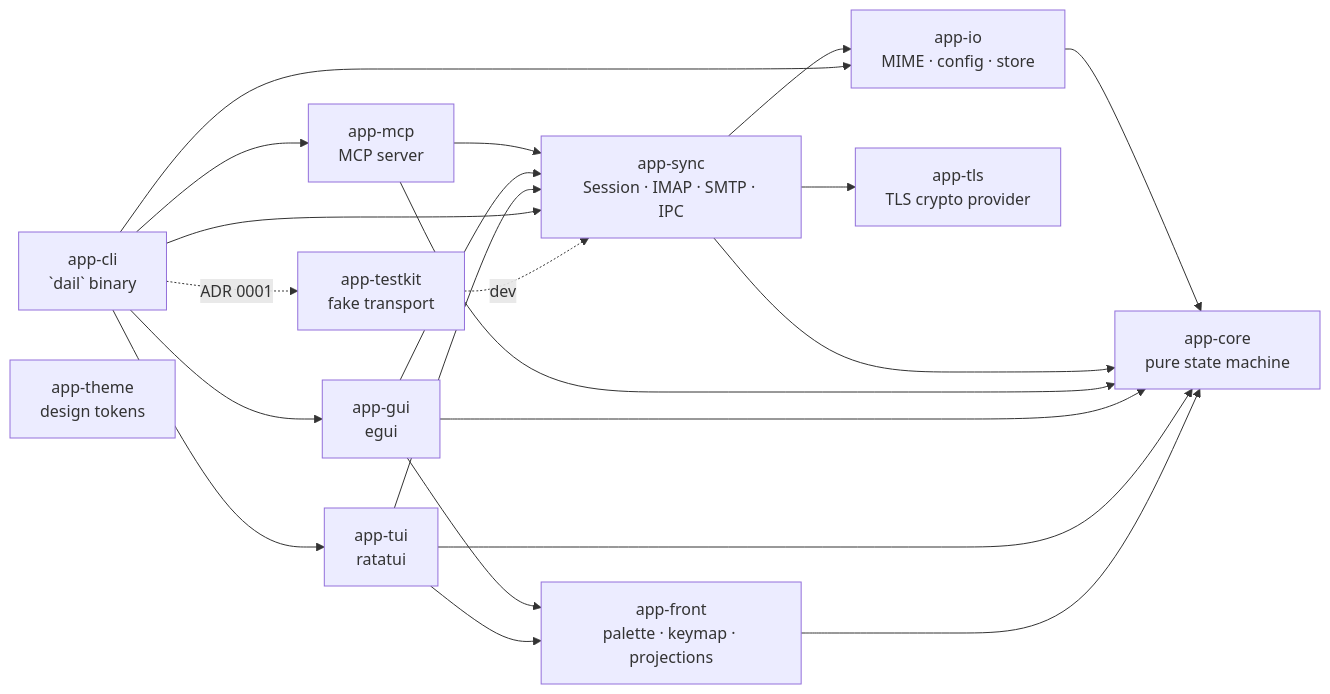
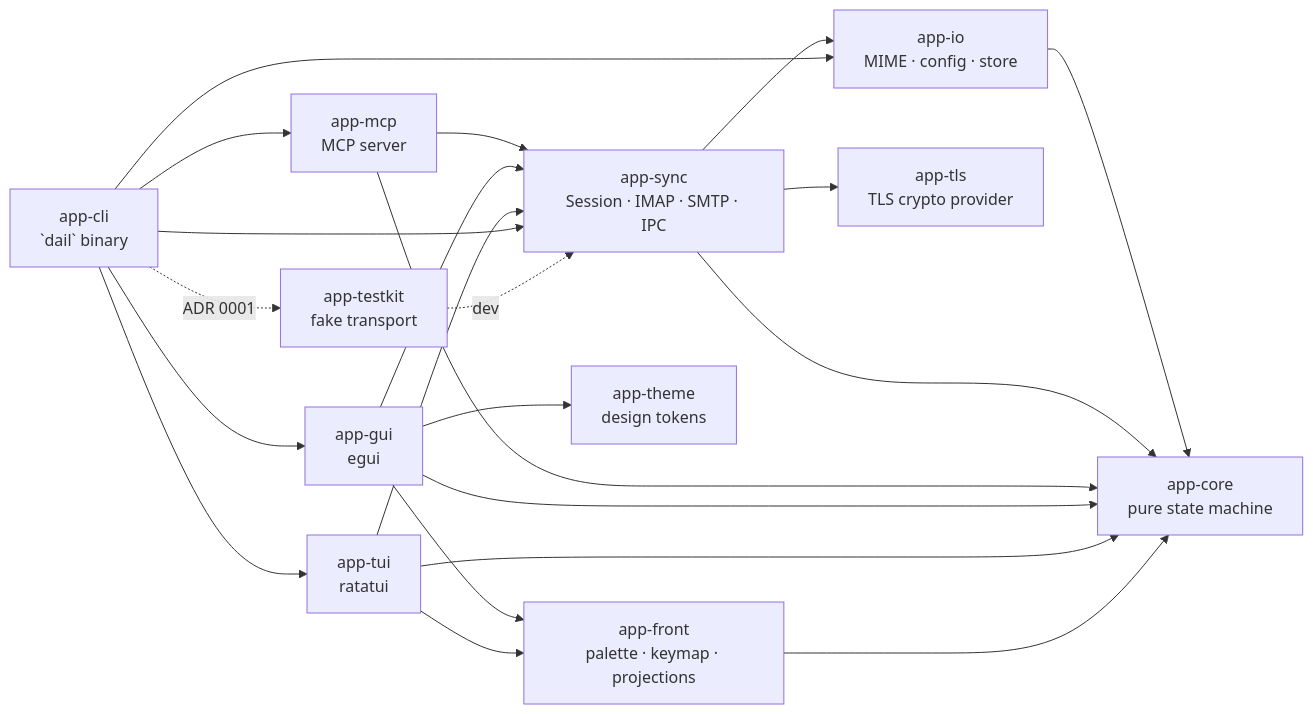
The first of 2 diagrams in ARCHITECTURE.md (dariy/dail), drawn with Mermaid before and after one commit. The commit also changed other lines of this file and 27 other files, not shown here.

````diff
--- a/ARCHITECTURE.md
+++ b/ARCHITECTURE.md
@@ -32,35 +32,36 @@
 ```mermaid
 graph LR
   core[app-core<br/>pure state machine]
   io[app-io<br/>MIME · config · store]
   sync[app-sync<br/>Session · IMAP · SMTP · IPC]
   mcp[app-mcp<br/>MCP server]
   gui[app-gui<br/>egui]
   front[app-front<br/>palette · keymap · projections]
   tui[app-tui<br/>ratatui]
   cli[app-cli<br/>`dail` binary]
   tk[app-testkit<br/>fake transport]
   tls[app-tls<br/>TLS crypto provider]
   theme[app-theme<br/>design tokens]
 
   io --> core
   sync --> core
   sync --> io
   sync --> tls
   mcp --> sync
   mcp --> core
   gui --> sync
   gui --> core
   gui --> front
+  gui --> theme
   tui --> sync
   tui --> core
   tui --> front
   front --> core
   cli --> mcp
   cli --> gui
   cli --> tui
   cli --> sync
   cli --> io
   cli -.ADR 0001.-> tk
   tk -.dev.-> sync
 ```
````
